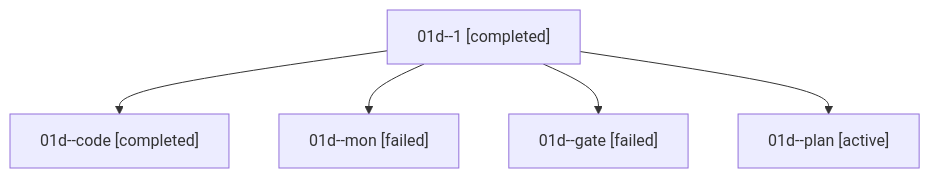
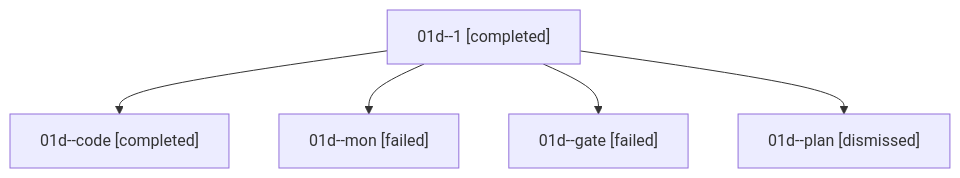
The diagram in sessions/bbugyi200.athena.01d.md (sase-org/sase--agents), drawn with Mermaid before and after one commit. The commit also changed other lines of this file and 45 other files, not shown here.

````diff
--- a/sessions/bbugyi200.athena.01d.md
+++ b/sessions/bbugyi200.athena.01d.md
@@ -9,12 +9,12 @@
 ```mermaid
 flowchart TD
   n0["01d--1 [completed]"]
   n1["01d--code [completed]"]
   n0 --> n1
   n2["01d--mon [failed]"]
   n0 --> n2
   n3["01d--gate [failed]"]
   n0 --> n3
-  n4["01d--plan [active]"]
+  n4["01d--plan [dismissed]"]
   n0 --> n4
 ```
````
